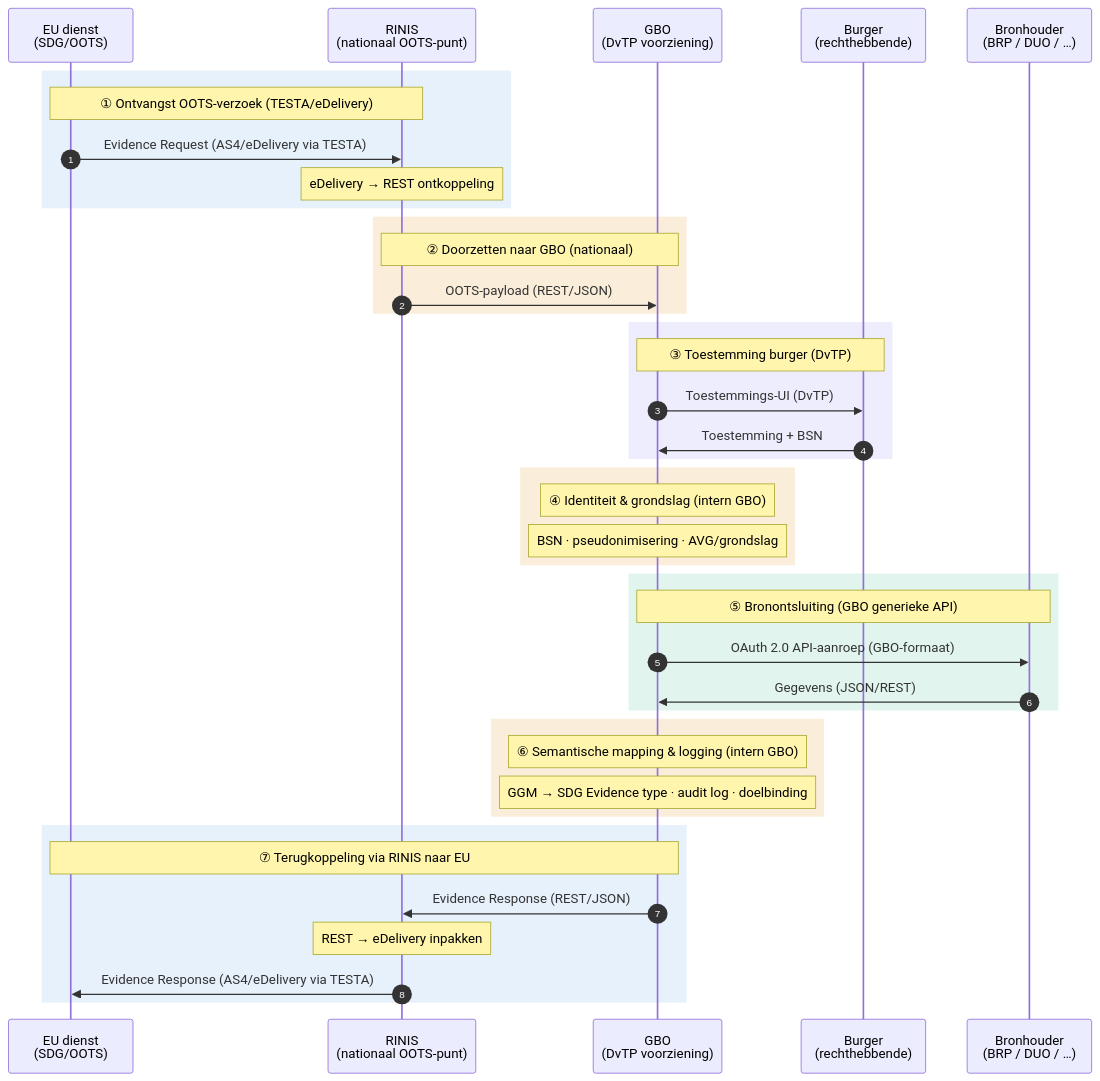
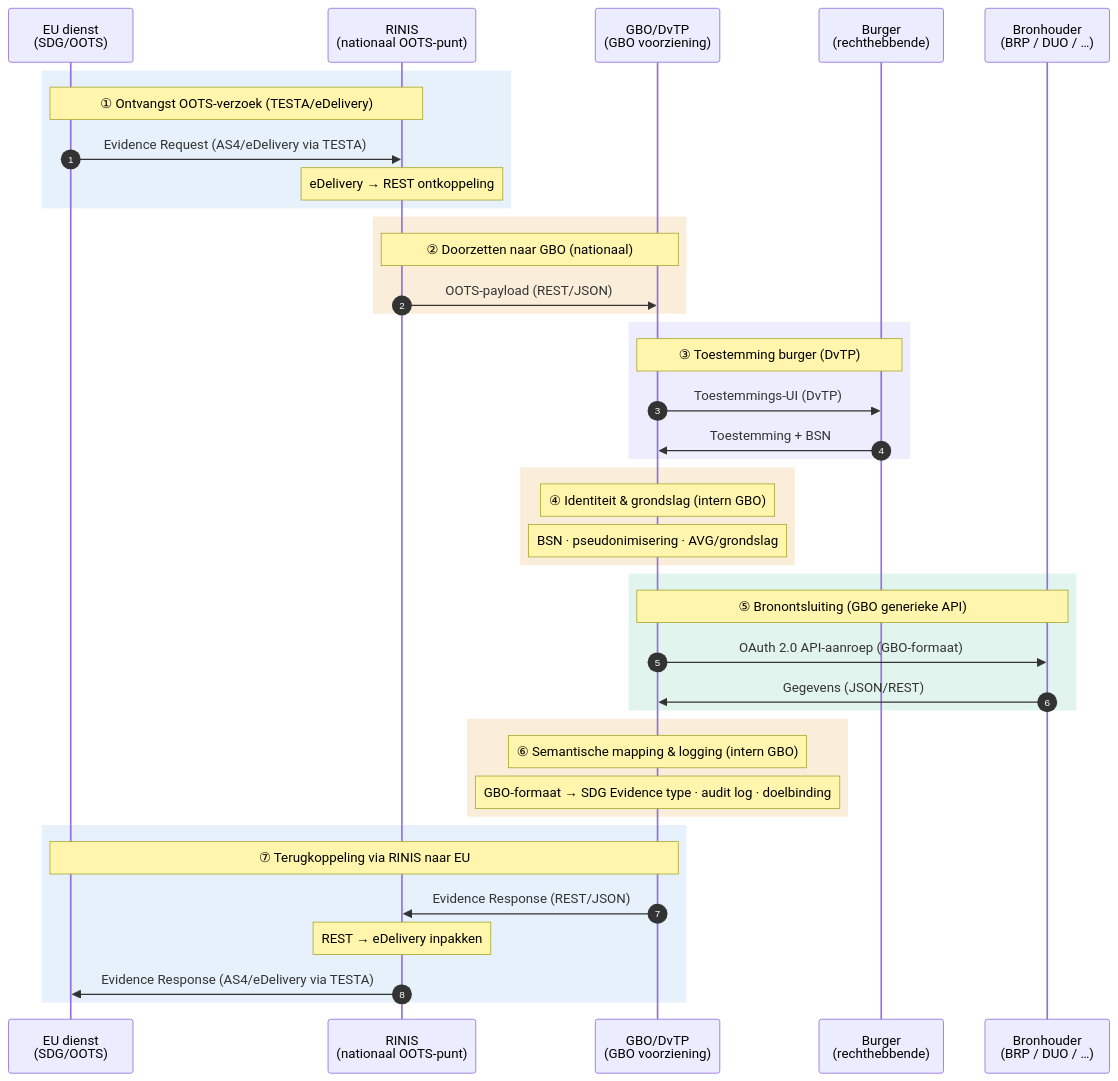
The diagram in docs/diagrammen/interactiepatroon-SDG-OOTS-verzoek.mmd (Govert-Claus/GBO-DvTP), drawn with Mermaid before and after one commit. The commit also changed 1 other file, not shown here.

Commit message:
plaatjes opschonen

````diff
--- a/docs/diagrammen/interactiepatroon-SDG-OOTS-verzoek.mmd
+++ b/docs/diagrammen/interactiepatroon-SDG-OOTS-verzoek.mmd
@@ -3,51 +3,51 @@
 ``` mermaid
 
 sequenceDiagram
     autonumber
     participant EU as EU dienst<br/>(SDG/OOTS)
     participant RINIS as RINIS<br/>(nationaal OOTS-punt)
-    participant GBO as GBO<br/>(DvTP voorziening)
+    participant GBO as GBO/DvTP<br/>(GBO voorziening)
     participant BRG as Burger<br/>(rechthebbende)
     participant BRH as Bronhouder<br/>(BRP / DUO / …)
 
     rect rgb(230, 241, 251)
         Note over EU,RINIS: ① Ontvangst OOTS-verzoek (TESTA/eDelivery)
         EU->>RINIS: Evidence Request (AS4/eDelivery via TESTA)
         Note over RINIS: eDelivery → REST ontkoppeling
     end
 
     rect rgb(250, 238, 218)
         Note over RINIS,GBO: ② Doorzetten naar GBO (nationaal)
         RINIS->>GBO: OOTS-payload (REST/JSON)
     end
 
     rect rgb(238, 237, 254)
         Note over GBO,BRG: ③ Toestemming burger (DvTP)
         GBO->>BRG: Toestemmings-UI (DvTP)
         BRG->>GBO: Toestemming + BSN
     end
 
     rect rgb(250, 238, 218)
         Note over GBO: ④ Identiteit & grondslag (intern GBO)
         Note over GBO: BSN · pseudonimisering · AVG/grondslag
     end
 
     rect rgb(225, 245, 238)
         Note over GBO,BRH: ⑤ Bronontsluiting (GBO generieke API)
         GBO->>BRH: OAuth 2.0 API-aanroep (GBO-formaat)
         BRH->>GBO: Gegevens (JSON/REST)
     end
 
     rect rgb(250, 238, 218)
         Note over GBO: ⑥ Semantische mapping & logging (intern GBO)
-        Note over GBO: GGM → SDG Evidence type · audit log · doelbinding
+        Note over GBO: GBO-formaat → SDG Evidence type · audit log · doelbinding
     end
 
     rect rgb(230, 241, 251)
         Note over GBO,EU: ⑦ Terugkoppeling via RINIS naar EU
         GBO->>RINIS: Evidence Response (REST/JSON)
         Note over RINIS: REST → eDelivery inpakken
         RINIS->>EU: Evidence Response (AS4/eDelivery via TESTA)
     end
 
 ```
````
